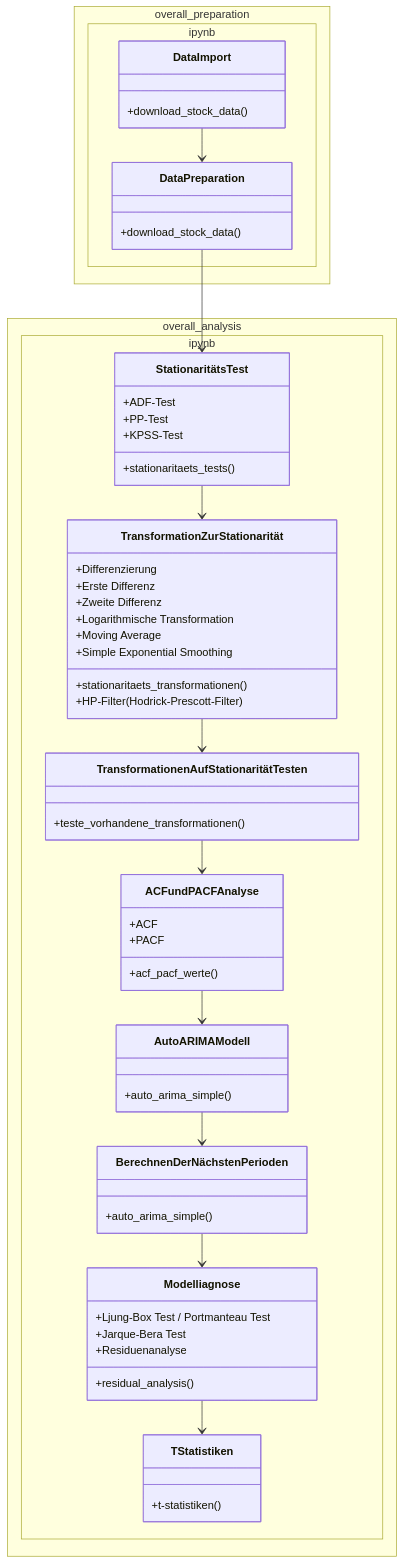
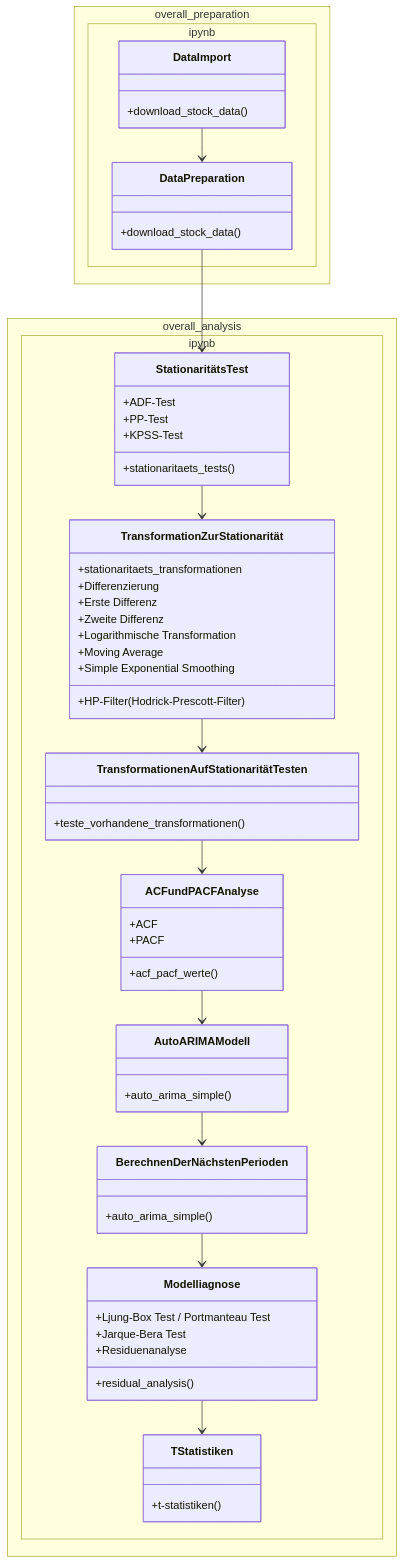
The diagram in docs/Prozess_darstellung.md (kaihuf/THWS_Reihenanalysen), drawn with Mermaid before and after one commit.

Commit message:
fix(prozess_darstellung): anapssen unserer Prozess Darstellung

````diff
--- a/docs/Prozess_darstellung.md
+++ b/docs/Prozess_darstellung.md
@@ -1,73 +1,73 @@
 ```mermaid
 classDiagram
 
     namespace overall_preparation.ipynb {
         class DataImport {
             +download_stock_data()
         }
         
         class DataPreparation {
             +download_stock_data()
         }
     }
     
     namespace overall_analysis.ipynb {
         class StationaritätsTest {
             +stationaritaets_tests()
             +ADF-Test
             +PP-Test
             +KPSS-Test
         }
         
         class TransformationZurStationarität {
-            +stationaritaets_transformationen()
+            +stationaritaets_transformationen
             +Differenzierung
             +Erste Differenz
             +Zweite Differenz
             +Logarithmische Transformation
             +Moving Average
             +HP-Filter (Hodrick-Prescott-Filter)
             +Simple Exponential Smoothing
         }
         
         class TransformationenAufStationaritätTesten {
             +teste_vorhandene_transformationen()
         }
         
         class ACFundPACFAnalyse {
             +acf_pacf_werte()
             +ACF
             +PACF
         }
         
         class AutoARIMAModell {
             +auto_arima_simple()
         }
         
         class BerechnenDerNächstenPerioden {
             +auto_arima_simple()
         }
         
         class Modelliagnose {
             +residual_analysis()
             +Ljung-Box Test / Portmanteau Test
             +Jarque-Bera Test
             +Residuenanalyse
         }
         
         class TStatistiken {
             +t-statistiken()
         }
     }
     
     %% Verbindungen
     DataImport --> DataPreparation
     DataPreparation --> StationaritätsTest
     StationaritätsTest --> TransformationZurStationarität
     TransformationZurStationarität --> TransformationenAufStationaritätTesten
     TransformationenAufStationaritätTesten --> ACFundPACFAnalyse
     ACFundPACFAnalyse --> AutoARIMAModell
     AutoARIMAModell --> BerechnenDerNächstenPerioden
     BerechnenDerNächstenPerioden --> Modelliagnose
     Modelliagnose --> TStatistiken
 ```
````
